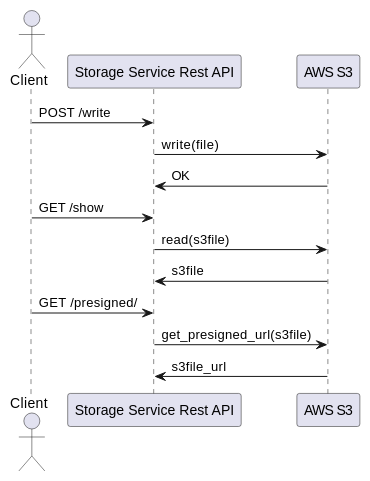
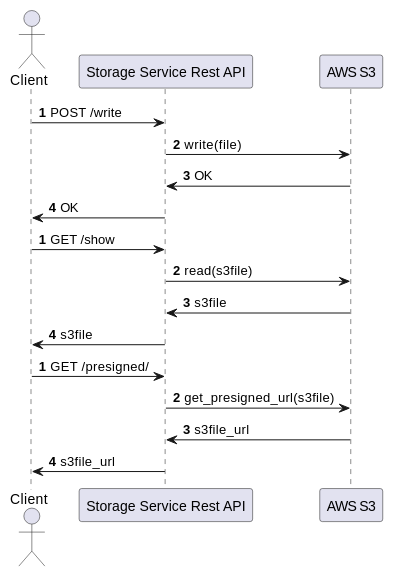
Before and after one commit to adetola-adewodu/storage-service: the diagram in README.md, drawn with PlantUML. The commit also changed 1 other file, not shown here.

Commit message:
Updating diagram with numbers

```diff
--- a/README.md
+++ b/README.md
@@ -33,17 +33,27 @@
     @startuml StorageServiceDiagram
 
     actor Client
 
+    autonumber
+
     Client -> "Storage Service Rest API": POST /write
     "Storage Service Rest API" -> "AWS S3": write(file)
     "AWS S3" -> "Storage Service Rest API": OK
+    "Storage Service Rest API" -> Client: OK
+
+    autonumber
 
     Client -> "Storage Service Rest API": GET /show
     "Storage Service Rest API" ->  "AWS S3": read(s3file)
     "AWS S3" -> "Storage Service Rest API": s3file
+    "Storage Service Rest API" -> Client: s3file
+
+    autonumber
 
     Client -> "Storage Service Rest API": GET /presigned/
     "Storage Service Rest API" ->  "AWS S3": get_presigned_url(s3file)
     "AWS S3" -> "Storage Service Rest API": s3file_url
+    "Storage Service Rest API" -> Client: s3file_url
+    
 
     @enduml
```
